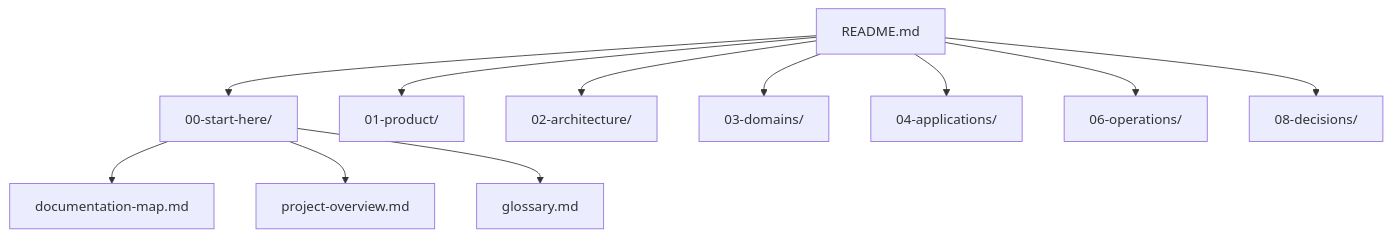
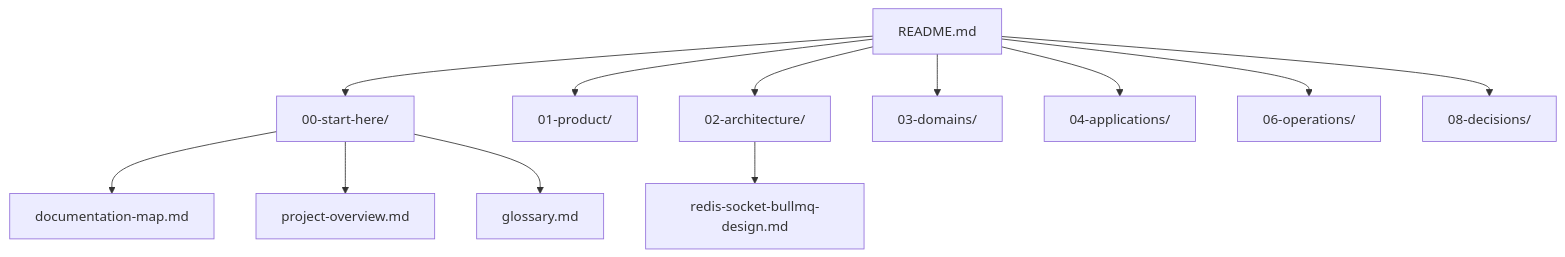
Before and after one commit to nnhatsang/Rental-Be-Nest: the diagram in docs/00-start-here/documentation-map.md, drawn with Mermaid. The commit also changed other lines of this file and 15 other files, not shown here.

````diff
--- a/docs/00-start-here/documentation-map.md
+++ b/docs/00-start-here/documentation-map.md
@@ -11,14 +11,15 @@
 ```mermaid
 graph TD
     Start[README.md] --> Here[00-start-here/]
     Here --> Map[documentation-map.md]
     Here --> Overview[project-overview.md]
     Here --> Glossary[glossary.md]
 
     Start --> Product[01-product/]
     Start --> Architecture[02-architecture/]
+    Architecture --> AsyncRealtime[redis-socket-bullmq-design.md]
     Start --> Domains[03-domains/]
     Start --> Apps[04-applications/]
     Start --> Ops[06-operations/]
     Start --> ADR[08-decisions/]
 ```
````
